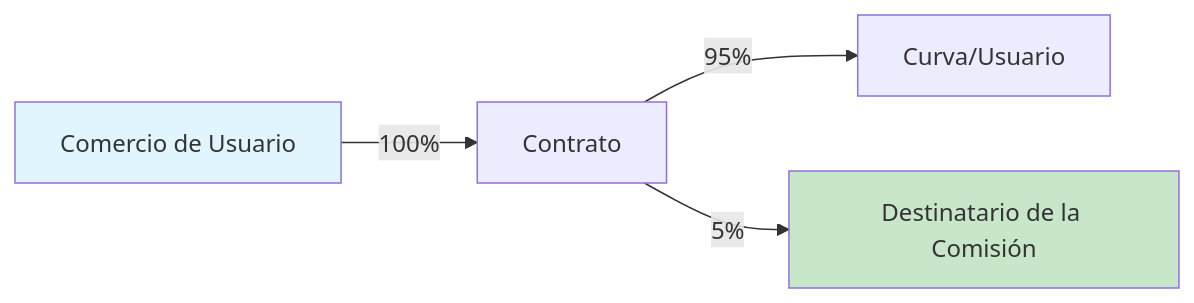
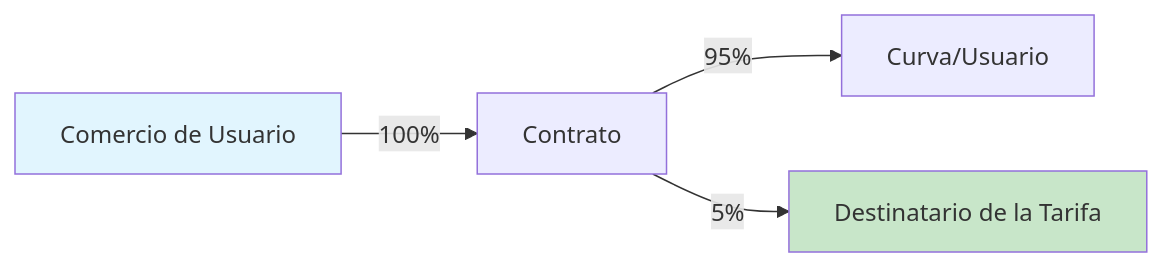
The second of 2 diagrams in docs/es/bondkit/concepts/bonding-phase.mdx (b3-fun/b3), drawn with Mermaid before and after one commit. The commit also changed other lines of this file and 95 other files, not shown here.

````diff
--- a/docs/es/bondkit/concepts/bonding-phase.mdx
+++ b/docs/es/bondkit/concepts/bonding-phase.mdx
@@ -163,9 +163,9 @@
 ```mermaid
 graph LR
     A[Comercio de Usuario] -->|100%| B[Contrato]
     B -->|95%| C[Curva/Usuario]
-    B -->|5%| D[Destinatario de la Comisión]
+    B -->|5%| D[Destinatario de la Tarifa]
     
     style A fill:#e1f5fe
     style D fill:#c8e6c9
 ```
````
